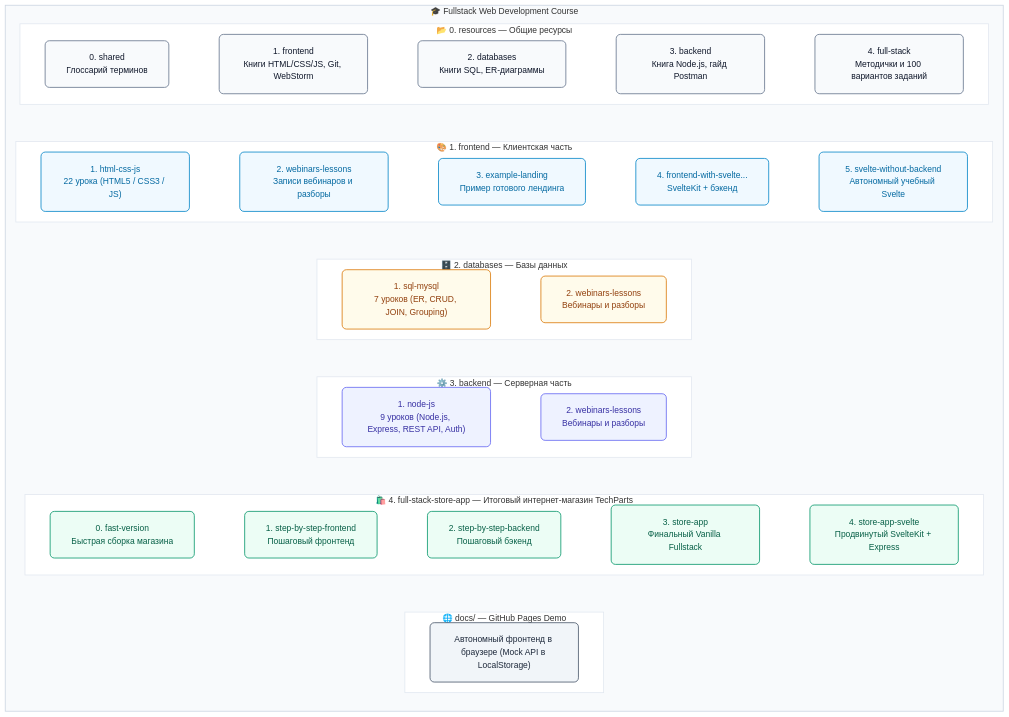
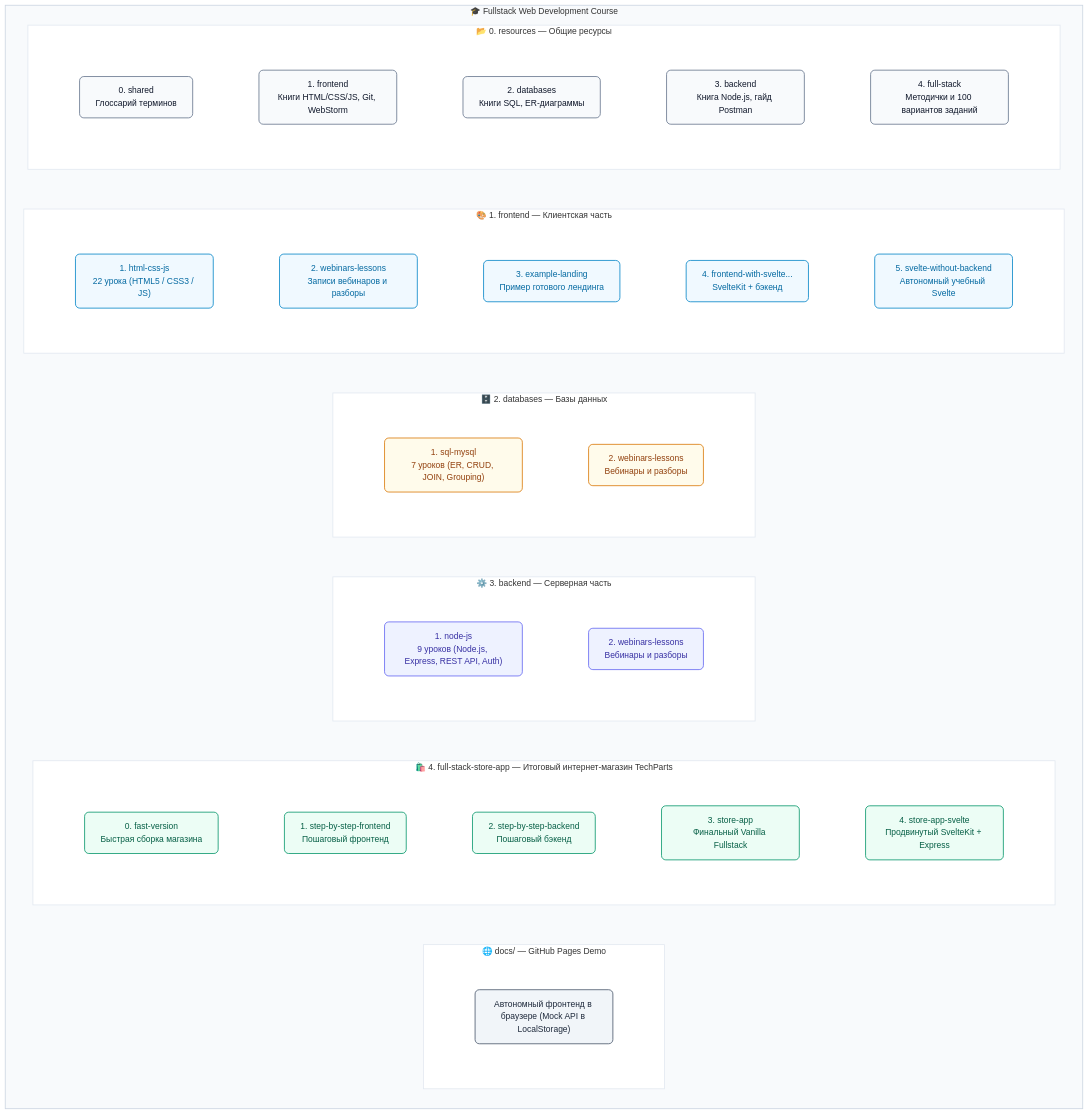
Before and after one commit to mrsky1001/fullstack-web-development-course: the first of 2 diagrams in README.ru.md, drawn with Mermaid. The commit also changed 1 other file, not shown here.

Commit message:
refactor: wrap mermaid subgraph elements in individual rows to improve layout rendering

````diff
--- a/README.ru.md
+++ b/README.ru.md
@@ -137,55 +137,73 @@
 ```mermaid
-%%{init: {'flowchart': {'rankSpacing': 45, 'nodeSpacing': 20, 'padding': 20}}}%%
 flowchart TD
     subgraph ROOT["🎓 Fullstack Web Development Course"]
         direction TB
 
         subgraph RES["📂 0. resources — Общие ресурсы"]
-            direction LR
-            R0["<span style='display:inline-block; text-decoration:none;'>0. shared<br/>Глоссарий терминов</span>"]
-            R1["<span style='display:inline-block; text-decoration:none;'>1. frontend<br/>Книги HTML/CSS/JS, Git, WebStorm</span>"]
-            R2["<span style='display:inline-block; text-decoration:none;'>2. databases<br/>Книги SQL, ER-диаграммы</span>"]
-            R3["<span style='display:inline-block; text-decoration:none;'>3. backend<br/>Книга Node.js, гайд Postman</span>"]
-            R4["<span style='display:inline-block; text-decoration:none;'>4. full-stack<br/>Методички и 100 вариантов заданий</span>"]
-            R0 ~~~ R1 ~~~ R2 ~~~ R3 ~~~ R4
+            direction TB
+            subgraph RES_ROW[" "]
+                direction LR
+                R0["<span style='display:inline-block; text-decoration:none;'>0. shared<br/>Глоссарий терминов</span>"]
+                R1["<span style='display:inline-block; text-decoration:none;'>1. frontend<br/>Книги HTML/CSS/JS, Git, WebStorm</span>"]
+                R2["<span style='display:inline-block; text-decoration:none;'>2. databases<br/>Книги SQL, ER-диаграммы</span>"]
+                R3["<span style='display:inline-block; text-decoration:none;'>3. backend<br/>Книга Node.js, гайд Postman</span>"]
+                R4["<span style='display:inline-block; text-decoration:none;'>4. full-stack<br/>Методички и 100 вариантов заданий</span>"]
+                R0 ~~~ R1 ~~~ R2 ~~~ R3 ~~~ R4
+            end
         end
 
         subgraph MOD1["🎨 1. frontend — Клиентская часть"]
-            direction LR
-            F1["<span style='display:inline-block; text-decoration:none;'>1. html-css-js<br/>22 урока (HTML5 / CSS3 / JS)</span>"]
-            F2["<span style='display:inline-block; text-decoration:none;'>2. webinars-lessons<br/>Записи вебинаров и разборы</span>"]
-            F3["<span style='display:inline-block; text-decoration:none;'>3. example-landing<br/>Пример готового лендинга</span>"]
-            F4["<span style='display:inline-block; text-decoration:none;'>4. frontend-with-svelte...<br/>SvelteKit + бэкенд</span>"]
-            F5["<span style='display:inline-block; text-decoration:none;'>5. svelte-without-backend<br/>Автономный учебный Svelte</span>"]
-            F1 ~~~ F2 ~~~ F3 ~~~ F4 ~~~ F5
+            direction TB
+            subgraph MOD1_ROW[" "]
+                direction LR
+                F1["<span style='display:inline-block; text-decoration:none;'>1. html-css-js<br/>22 урока (HTML5 / CSS3 / JS)</span>"]
+                F2["<span style='display:inline-block; text-decoration:none;'>2. webinars-lessons<br/>Записи вебинаров и разборы</span>"]
+                F3["<span style='display:inline-block; text-decoration:none;'>3. example-landing<br/>Пример готового лендинга</span>"]
+                F4["<span style='display:inline-block; text-decoration:none;'>4. frontend-with-svelte...<br/>SvelteKit + бэкенд</span>"]
+                F5["<span style='display:inline-block; text-decoration:none;'>5. svelte-without-backend<br/>Автономный учебный Svelte</span>"]
+                F1 ~~~ F2 ~~~ F3 ~~~ F4 ~~~ F5
+            end
         end
 
         subgraph MOD2["🗄️ 2. databases — Базы данных"]
-            direction LR
-            D1["<span style='display:inline-block; text-decoration:none;'>1. sql-mysql<br/>7 уроков (ER, CRUD, JOIN, Grouping)</span>"]
-            D2["<span style='display:inline-block; text-decoration:none;'>2. webinars-lessons<br/>Вебинары и разборы</span>"]
-            D1 ~~~ D2
+            direction TB
+            subgraph MOD2_ROW[" "]
+                direction LR
+                D1["<span style='display:inline-block; text-decoration:none;'>1. sql-mysql<br/>7 уроков (ER, CRUD, JOIN, Grouping)</span>"]
+                D2["<span style='display:inline-block; text-decoration:none;'>2. webinars-lessons<br/>Вебинары и разборы</span>"]
+                D1 ~~~ D2
+            end
         end
 
         subgraph MOD3["⚙️ 3. backend — Серверная часть"]
-            direction LR
-            B1["<span style='display:inline-block; text-decoration:none;'>1. node-js<br/>9 уроков (Node.js, Express, REST API, Auth)</span>"]
-            B2["<span style='display:inline-block; text-decoration:none;'>2. webinars-lessons<br/>Вебинары и разборы</span>"]
-            B1 ~~~ B2
+            direction TB
+            subgraph MOD3_ROW[" "]
+                direction LR
+                B1["<span style='display:inline-block; text-decoration:none;'>1. node-js<br/>9 уроков (Node.js, Express, REST API, Auth)</span>"]
+                B2["<span style='display:inline-block; text-decoration:none;'>2. webinars-lessons<br/>Вебинары и разборы</span>"]
+                B1 ~~~ B2
+            end
         end
 
         subgraph MOD4["🛍️ 4. full-stack-store-app — Итоговый интернет-магазин TechParts"]
-            direction LR
-            S0["<span style='display:inline-block; text-decoration:none;'>0. fast-version<br/>Быстрая сборка магазина</span>"]
-            S1["<span style='display:inline-block; text-decoration:none;'>1. step-by-step-frontend<br/>Пошаговый фронтенд</span>"]
-            S2["<span style='display:inline-block; text-decoration:none;'>2. step-by-step-backend<br/>Пошаговый бэкенд</span>"]
-            S3["<span style='display:inline-block; text-decoration:none;'>3. store-app<br/>Финальный Vanilla Fullstack</span>"]
-            S4["<span style='display:inline-block; text-decoration:none;'>4. store-app-svelte<br/>Продвинутый SvelteKit + Express</span>"]
-            S0 ~~~ S1 ~~~ S2 ~~~ S3 ~~~ S4
+            direction TB
+            subgraph MOD4_ROW[" "]
+                direction LR
+                S0["<span style='display:inline-block; text-decoration:none;'>0. fast-version<br/>Быстрая сборка магазина</span>"]
+                S1["<span style='display:inline-block; text-decoration:none;'>1. step-by-step-frontend<br/>Пошаговый фронтенд</span>"]
+                S2["<span style='display:inline-block; text-decoration:none;'>2. step-by-step-backend<br/>Пошаговый бэкенд</span>"]
+                S3["<span style='display:inline-block; text-decoration:none;'>3. store-app<br/>Финальный Vanilla Fullstack</span>"]
+                S4["<span style='display:inline-block; text-decoration:none;'>4. store-app-svelte<br/>Продвинутый SvelteKit + Express</span>"]
+                S0 ~~~ S1 ~~~ S2 ~~~ S3 ~~~ S4
+            end
         end
 
         subgraph DOCS["🌐 docs/ — GitHub Pages Demo"]
-            DOC["<span style='display:inline-block; text-decoration:none;'>Автономный фронтенд в браузере (Mock API в LocalStorage)</span>"]
+            direction TB
+            subgraph DOCS_ROW[" "]
+                direction LR
+                DOC["<span style='display:inline-block; text-decoration:none;'>Автономный фронтенд в браузере (Mock API в LocalStorage)</span>"]
+            end
         end
 
         RES ~~~ MOD1 ~~~ MOD2 ~~~ MOD3 ~~~ MOD4 ~~~ DOCS
@@ -213,6 +231,13 @@
     style MOD4 fill:#ffffff,stroke:#e2e8f0,stroke-width:1.5px
     style DOCS fill:#ffffff,stroke:#e2e8f0,stroke-width:1.5px
 
+    style RES_ROW fill:none,stroke:none
+    style MOD1_ROW fill:none,stroke:none
+    style MOD2_ROW fill:none,stroke:none
+    style MOD3_ROW fill:none,stroke:none
+    style MOD4_ROW fill:none,stroke:none
+    style DOCS_ROW fill:none,stroke:none
+
     click R0 "./0.%20resources/0.%20shared/" "Открыть 0. shared"
     click R1 "./0.%20resources/1.%20frontend/" "Открыть 1. frontend"
     click R2 "./0.%20resources/2.%20databases/" "Открыть 2. databases"
````
